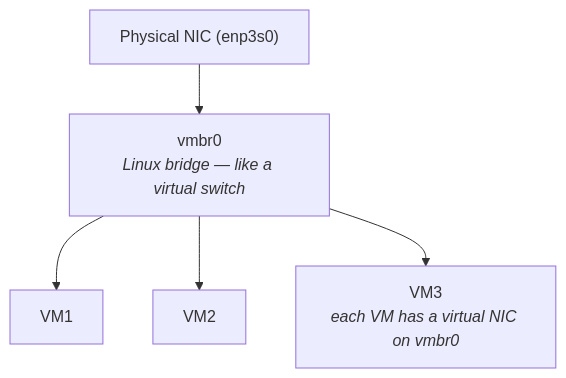
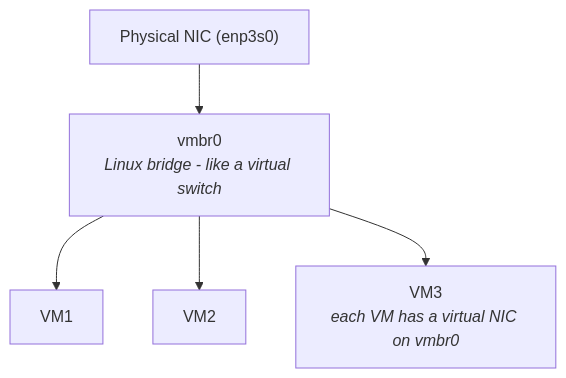
One commit to hexabyte8/homelab changed the second of 2 diagrams in docs/disaster-recovery/technologies/proxmox.md. Above: the diagram before and after it, drawn with Mermaid. The commit also changed other lines of this file and 44 other files, not shown here.

````diff
--- a/docs/disaster-recovery/technologies/proxmox.md
+++ b/docs/disaster-recovery/technologies/proxmox.md
@@ -108,7 +108,7 @@
 ```mermaid
 graph TD
-    nic["Physical NIC (enp3s0)"] --> bridge["vmbr0<br/><i>Linux bridge — like a virtual switch</i>"]
+    nic["Physical NIC (enp3s0)"] --> bridge["vmbr0<br/><i>Linux bridge - like a virtual switch</i>"]
     bridge --> vm1["VM1"]
     bridge --> vm2["VM2"]
     bridge --> vm3["VM3<br/><i>each VM has a virtual NIC on vmbr0</i>"]
 ```
````
